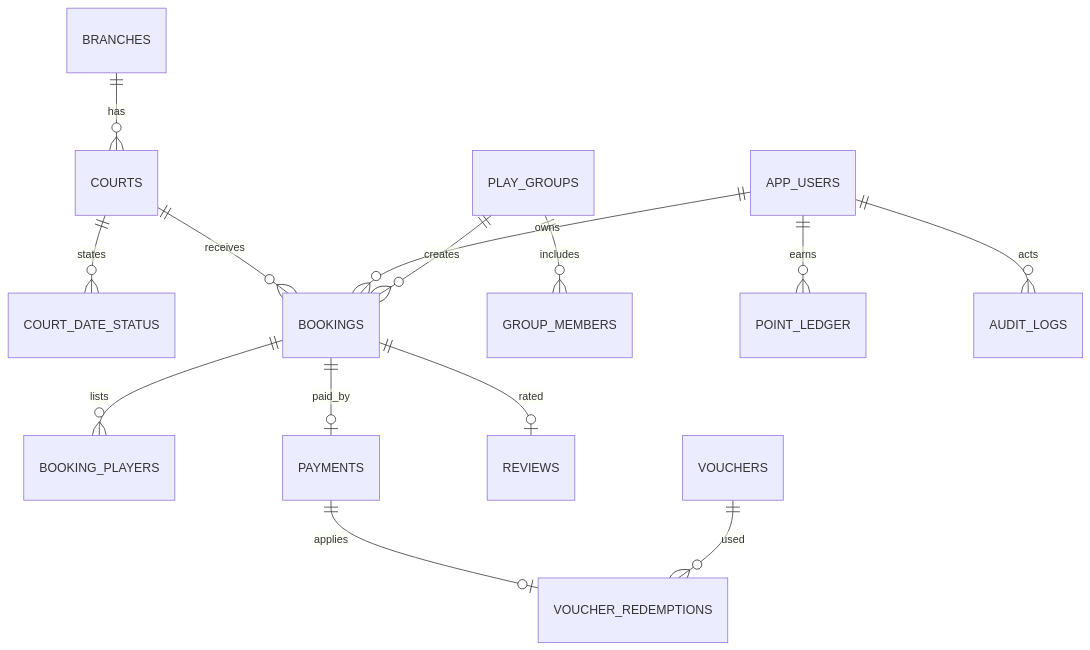
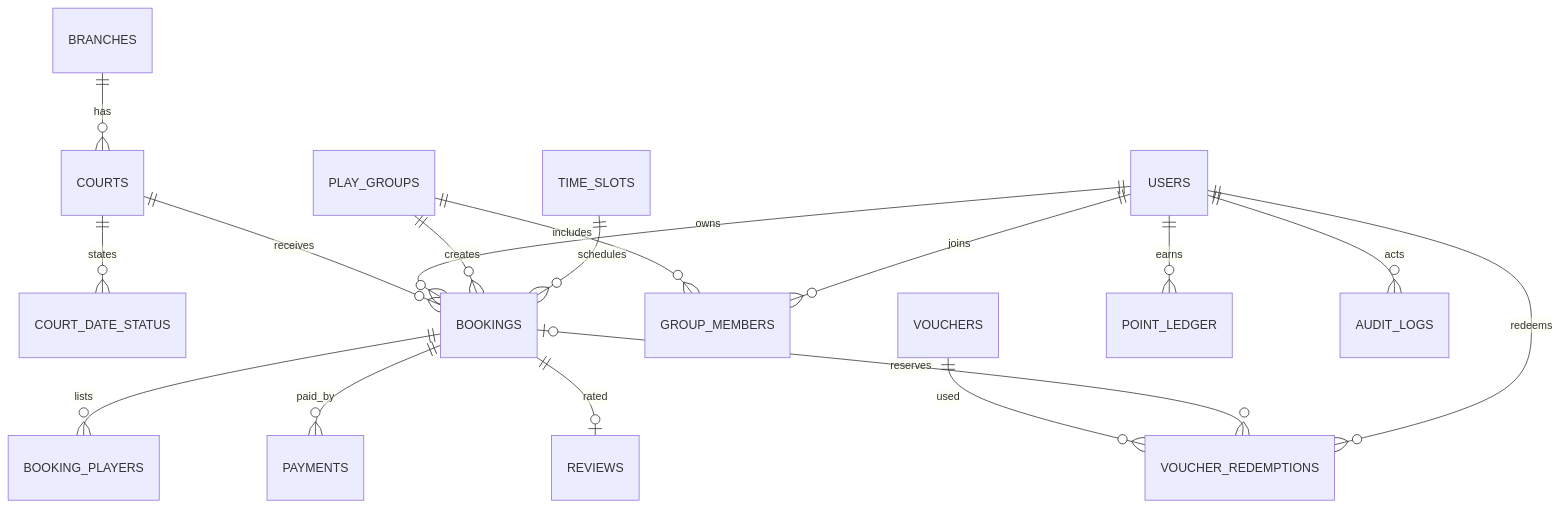
One commit to taiDinh303/Badminton changed the diagram in docs/02-database-design.md. Above: the diagram before and after it, drawn with Mermaid. The commit also changed other lines of this file and 15 other files, not shown here.

````diff
--- a/docs/02-database-design.md
+++ b/docs/02-database-design.md
@@ -9,16 +18,19 @@
 ```mermaid
 erDiagram
   BRANCHES ||--o{ COURTS : has
   COURTS ||--o{ COURT_DATE_STATUS : states
   COURTS ||--o{ BOOKINGS : receives
-  APP_USERS ||--o{ BOOKINGS : owns
+  USERS ||--o{ BOOKINGS : owns
   PLAY_GROUPS ||--o{ GROUP_MEMBERS : includes
   PLAY_GROUPS ||--o{ BOOKINGS : creates
   BOOKINGS ||--o{ BOOKING_PLAYERS : lists
-  BOOKINGS ||--o| PAYMENTS : paid_by
+  BOOKINGS ||--o{ PAYMENTS : paid_by
   BOOKINGS ||--o| REVIEWS : rated
-  PAYMENTS ||--o| VOUCHER_REDEMPTIONS : applies
   VOUCHERS ||--o{ VOUCHER_REDEMPTIONS : used
-  APP_USERS ||--o{ POINT_LEDGER : earns
-  APP_USERS ||--o{ AUDIT_LOGS : acts
+  BOOKINGS |o--o{ VOUCHER_REDEMPTIONS : reserves
+  USERS ||--o{ VOUCHER_REDEMPTIONS : redeems
+  USERS ||--o{ GROUP_MEMBERS : joins
+  TIME_SLOTS ||--o{ BOOKINGS : schedules
+  USERS ||--o{ POINT_LEDGER : earns
+  USERS ||--o{ AUDIT_LOGS : acts
 ```
````
